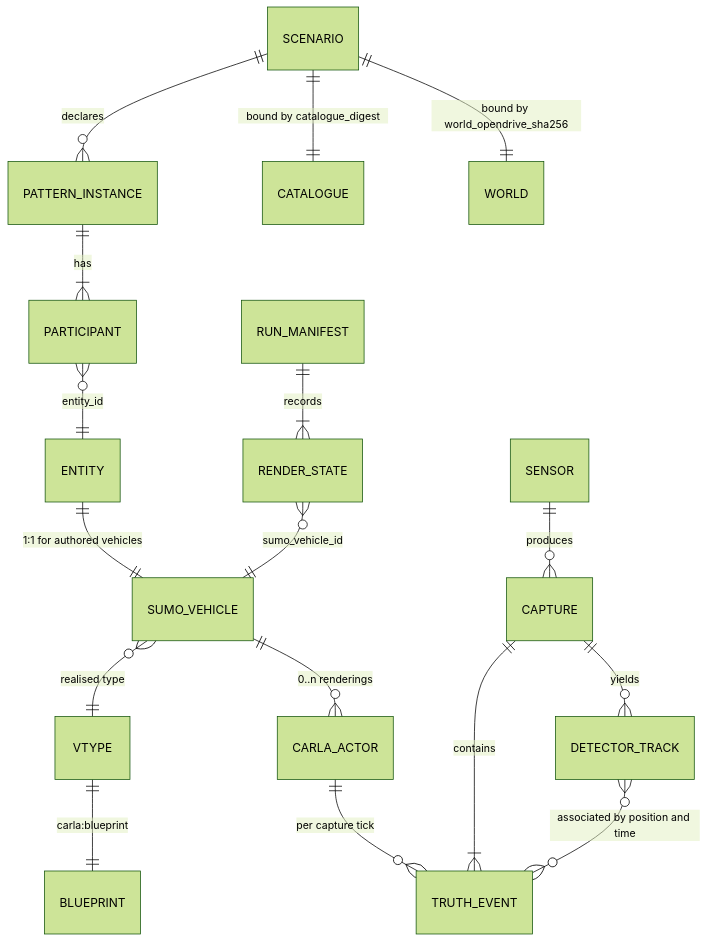
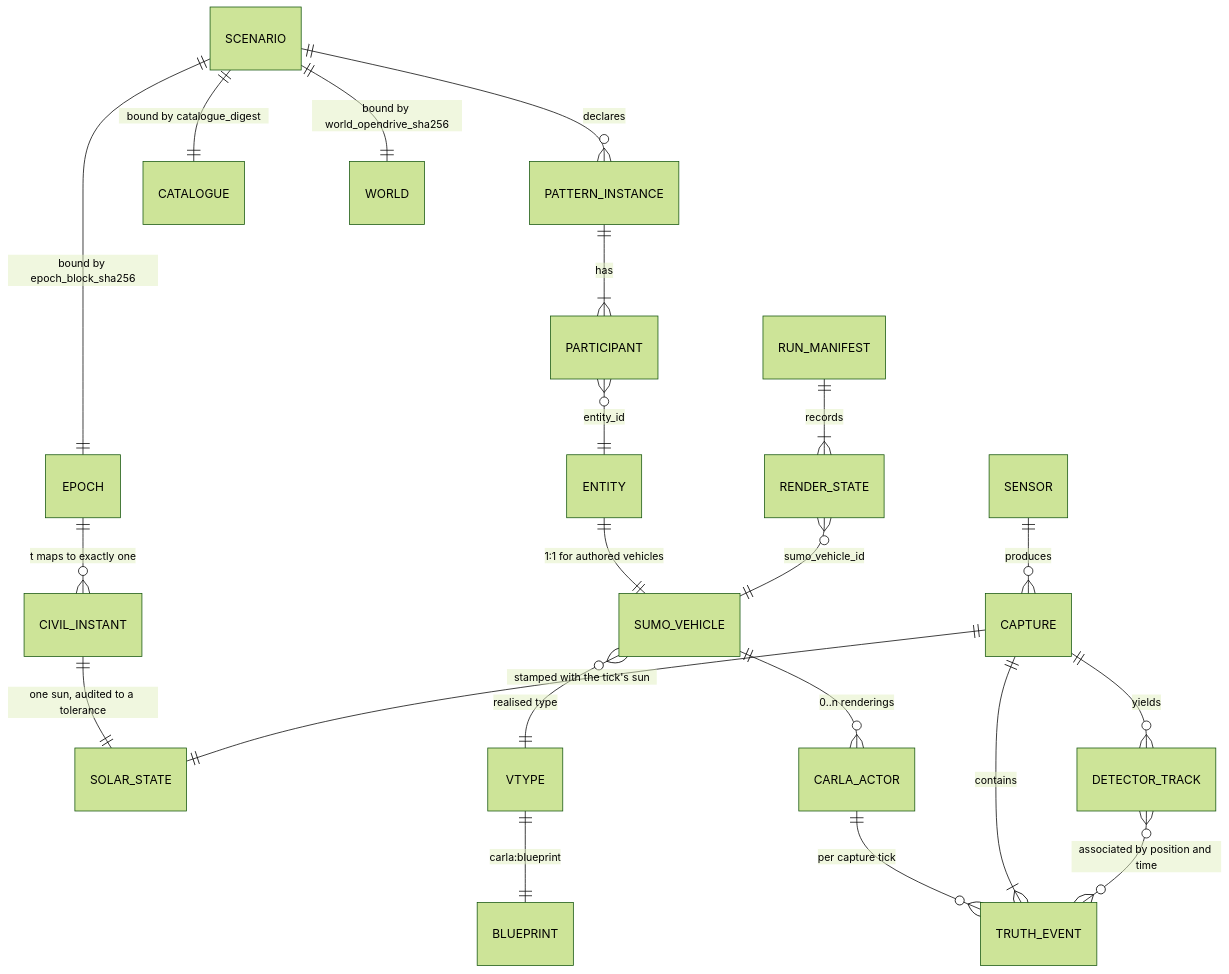
The second of 6 diagrams in Docs/CAT_Research/Plans/SUMO_Behavioral_Capture/04_Contracts.md (sbrett9/carla), drawn with Mermaid (forest theme) before and after one commit. The commit also changed other lines of this file and 15 other files, not shown here.

````diff
--- a/Docs/CAT_Research/Plans/SUMO_Behavioral_Capture/04_Contracts.md
+++ b/Docs/CAT_Research/Plans/SUMO_Behavioral_Capture/04_Contracts.md
@@ -1283,19 +1469,23 @@
 ```mermaid
 erDiagram
   SCENARIO ||--o{ PATTERN_INSTANCE : declares
   SCENARIO ||--|| CATALOGUE : "bound by catalogue_digest"
   SCENARIO ||--|| WORLD : "bound by world_opendrive_sha256"
+  SCENARIO ||--|| EPOCH : "bound by epoch_block_sha256"
+  EPOCH ||--o{ CIVIL_INSTANT : "t maps to exactly one"
+  CIVIL_INSTANT ||--|| SOLAR_STATE : "one sun, audited to a tolerance"
   PATTERN_INSTANCE ||--|{ PARTICIPANT : has
   PARTICIPANT }o--|| ENTITY : "entity_id"
   ENTITY ||--|| SUMO_VEHICLE : "1:1 for authored vehicles"
   SUMO_VEHICLE }o--|| VTYPE : "realised type"
   VTYPE ||--|| BLUEPRINT : "carla:blueprint"
   SUMO_VEHICLE ||--o{ CARLA_ACTOR : "0..n renderings"
   CARLA_ACTOR ||--o{ TRUTH_EVENT : "per capture tick"
   SENSOR ||--o{ CAPTURE : produces
+  CAPTURE ||--|| SOLAR_STATE : "stamped with the tick's sun"
   CAPTURE ||--|{ TRUTH_EVENT : contains
   CAPTURE ||--o{ DETECTOR_TRACK : yields
   DETECTOR_TRACK }o--o{ TRUTH_EVENT : "associated by position and time"
   RUN_MANIFEST ||--|{ RENDER_STATE : records
   RENDER_STATE }o--|| SUMO_VEHICLE : "sumo_vehicle_id"
 ```
````
